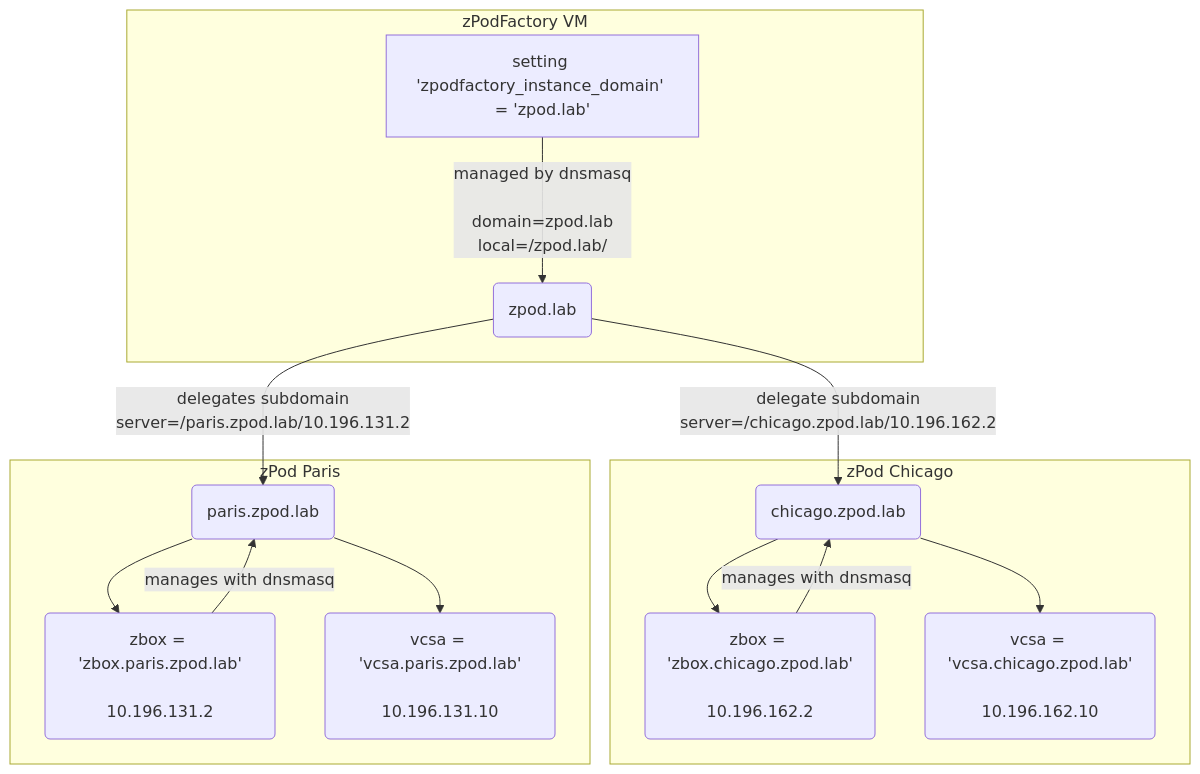
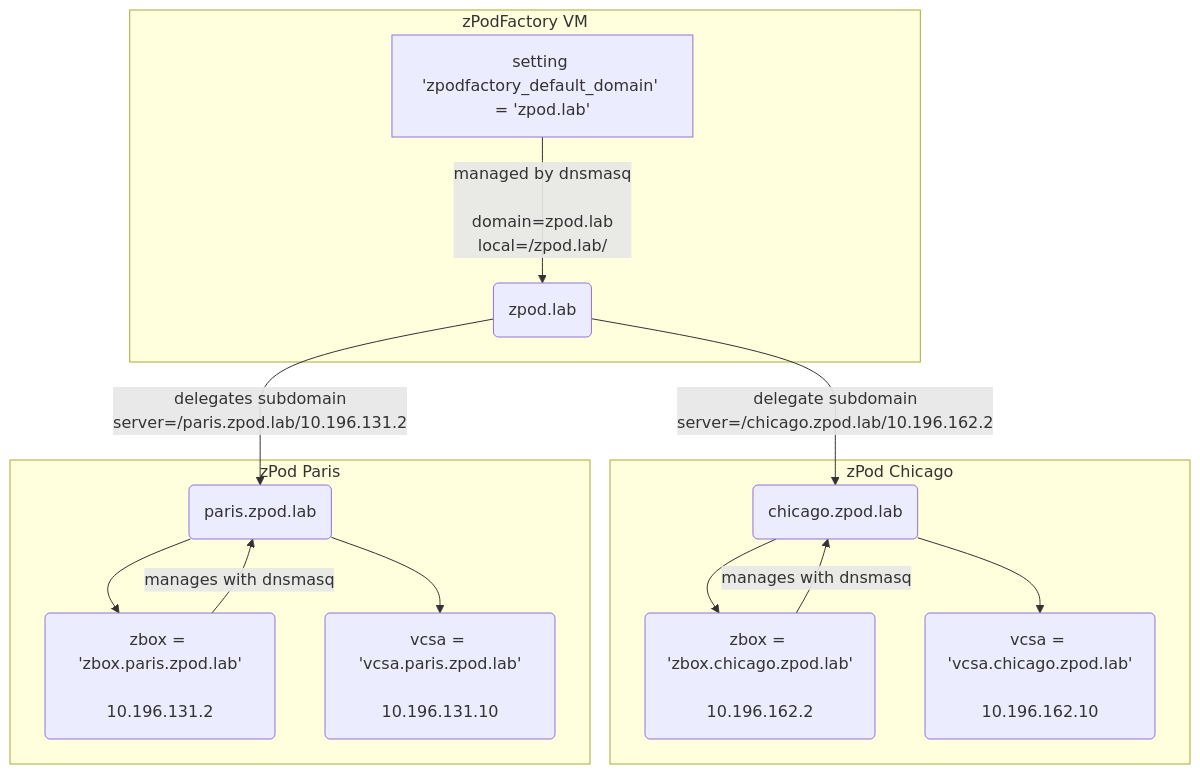
The diagram in docs/faq/faq.md (zPodFactory/zpodfactory.github.io), drawn with Mermaid before and after one commit. The commit also changed other lines of this file and 28 other files, not shown here.

````diff
--- a/docs/faq/faq.md
+++ b/docs/faq/faq.md
@@ -33,39 +33,39 @@
 ``` mermaid
 
 graph TD
 
     subgraph zpodfactory["zPodFactory VM"]
-        setting["setting 'zpodfactory_instance_domain' = 'zpod.lab'"]
+        setting["setting 'zpodfactory_default_domain' = 'zpod.lab'"]
         global_domain("zpod.lab")
 
         setting -- "managed by dnsmasq\n\ndomain=zpod.lab\nlocal=/zpod.lab/" --> global_domain
 
     end
 
     subgraph zpod_chicago["zPod Chicago"]
         zpod_chicago_domain("chicago.zpod.lab");
 
 
         zpod_chicago_zbox("zbox = 'zbox.chicago.zpod.lab'\n\n10.196.162.2");
         zpod_chicago_vcenter("vcsa = 'vcsa.chicago.zpod.lab'\n\n10.196.162.10");
 
         zpod_chicago_domain --> zpod_chicago_zbox
         zpod_chicago_zbox -- manages with dnsmasq --> zpod_chicago_domain
         zpod_chicago_domain --> zpod_chicago_vcenter
     end
 
     subgraph zpod_paris["zPod Paris"]
         zpod_paris_domain("paris.zpod.lab");
 
 
         zpod_paris_zbox("zbox = 'zbox.paris.zpod.lab'\n\n10.196.131.2");
         zpod_paris_vcenter("vcsa = 'vcsa.paris.zpod.lab'\n\n10.196.131.10");
         zpod_paris_domain --> zpod_paris_zbox
         zpod_paris_zbox -- manages with dnsmasq --> zpod_paris_domain
         zpod_paris_domain --> zpod_paris_vcenter
     end
 
 
     global_domain -- "delegate subdomain\nserver=/chicago.zpod.lab/10.196.162.2" --> zpod_chicago_domain
     global_domain -- "delegates subdomain\nserver=/paris.zpod.lab/10.196.131.2" --> zpod_paris_domain
 ```
````
